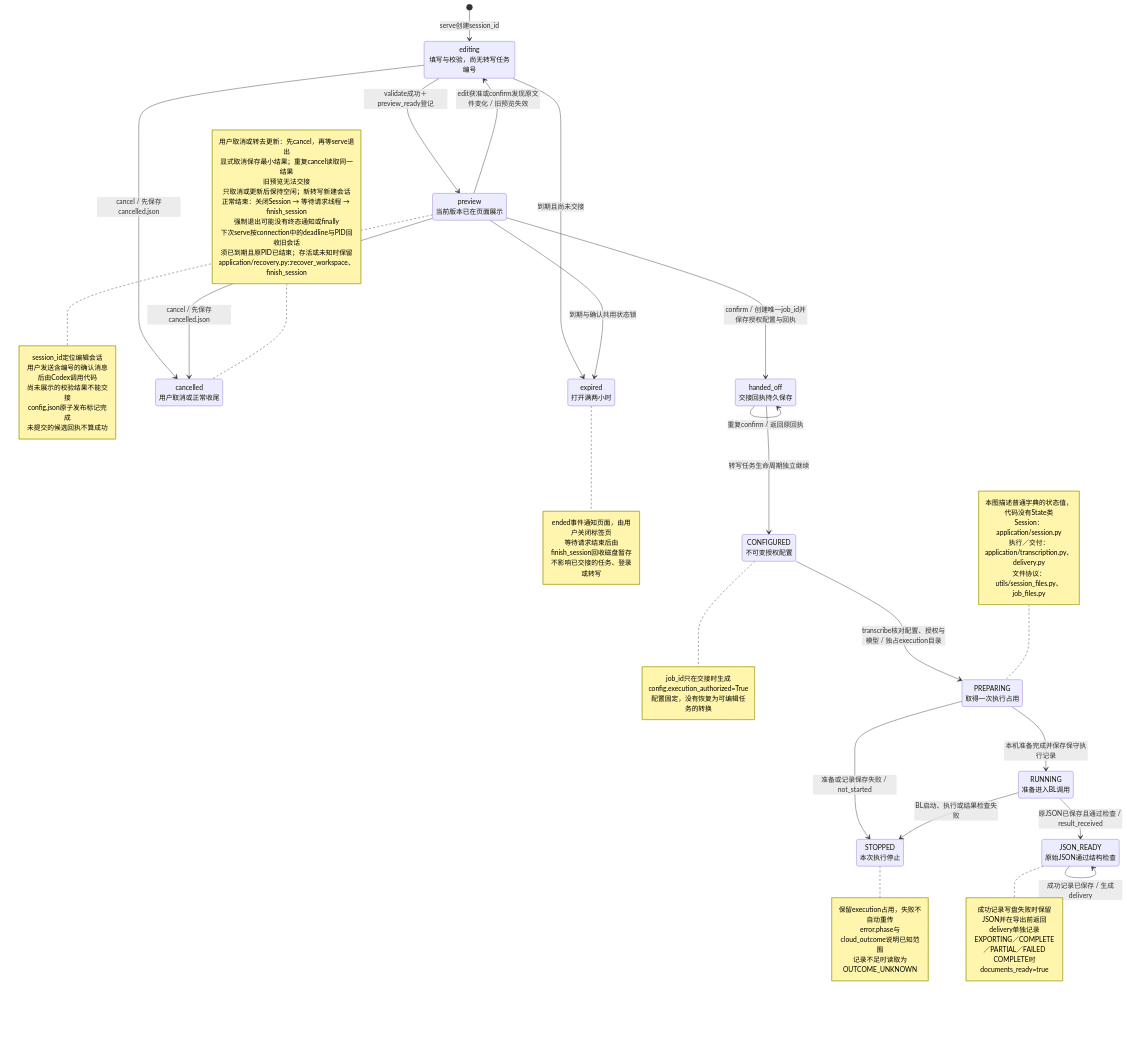
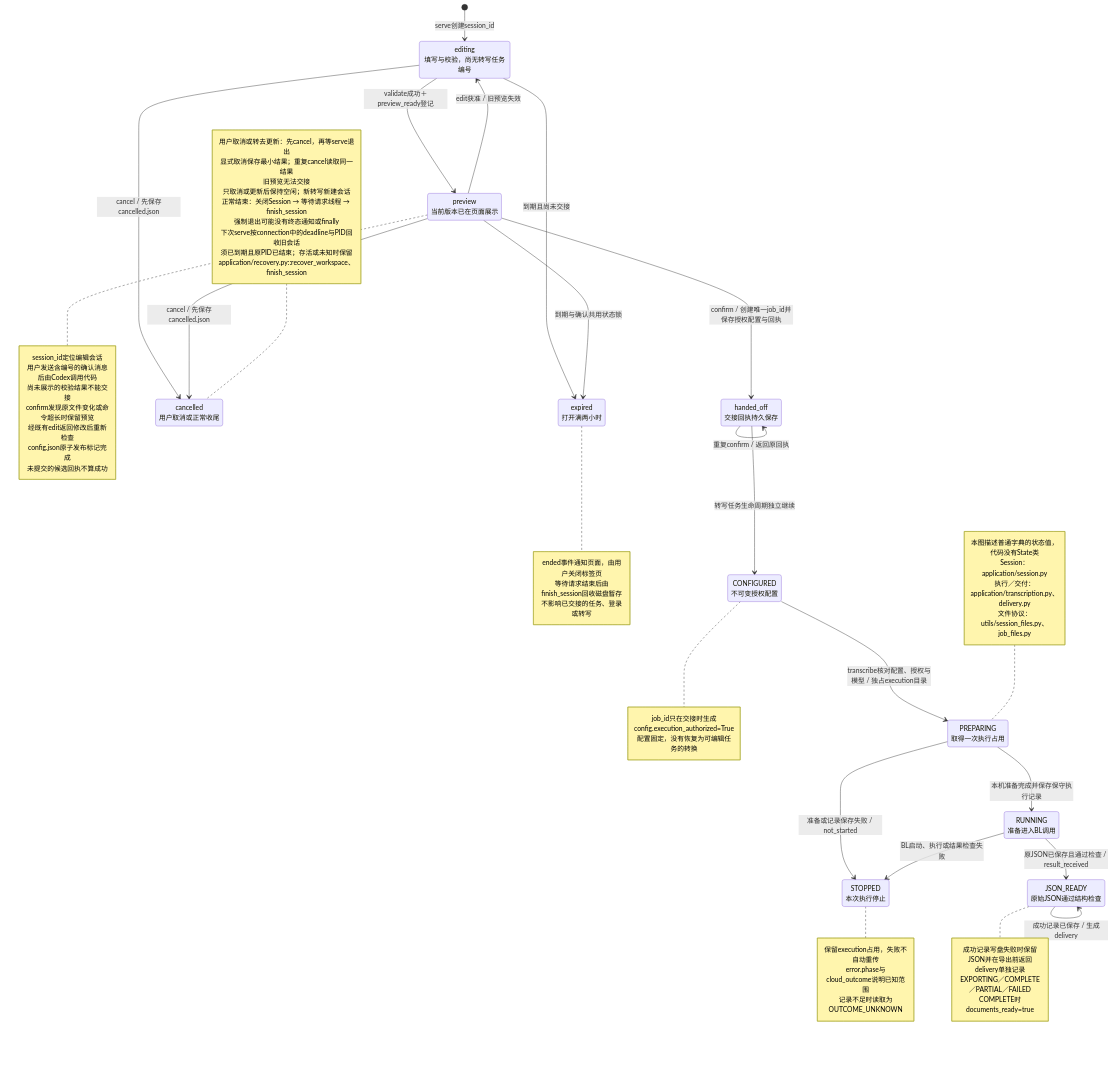
Before and after one commit to hx101700/memoflow: the diagram in doc/uml/07-state.mmd, drawn with Mermaid. The commit also changed 61 other files, not shown here.

```diff
--- a/doc/uml/07-state.mmd
+++ b/doc/uml/07-state.mmd
@@ -1,74 +1,76 @@
 stateDiagram-v2
 direction TB
 state "editing<br/>填写与校验，尚无转写任务编号" as Editing
 state "preview<br/>当前版本已在页面展示" as Preview
 state "handed_off<br/>交接回执持久保存" as HandedOff
 state "expired<br/>打开满两小时" as Expired
 state "cancelled<br/>用户取消或正常收尾" as Cancelled
 [*] --> Editing : serve创建session_id
 Editing --> Preview : validate成功＋preview_ready登记
-Preview --> Editing : edit获准或confirm发现原文件变化 / 旧预览失效
+Preview --> Editing : edit获准 / 旧预览失效
 Editing --> Expired : 到期且尚未交接
 Preview --> Expired : 到期与确认共用状态锁
 Editing --> Cancelled : cancel / 先保存cancelled.json
 Preview --> Cancelled : cancel / 先保存cancelled.json
 Preview --> HandedOff : confirm / 创建唯一job_id并保存授权配置与回执
 HandedOff --> HandedOff : 重复confirm / 返回原回执
 note right of Preview
   session_id定位编辑会话
   用户发送含编号的确认消息后由Codex调用代码
   尚未展示的校验结果不能交接
+  confirm发现原文件变化或命令超长时保留预览
+  经既有edit返回修改后重新检查
   config.json原子发布标记完成
   未提交的候选回执不算成功
 end note
 note right of Expired
   ended事件通知页面，由用户关闭标签页
   等待请求结束后由finish_session回收磁盘暂存
   不影响已交接的任务、登录或转写
 end note
 
 state "CONFIGURED<br/>不可变授权配置" as Configured
 state "PREPARING<br/>取得一次执行占用" as Preparing
 state "RUNNING<br/>准备进入BL调用" as Running
 state "STOPPED<br/>本次执行停止" as Stopped
 state "JSON_READY<br/>原始JSON通过结构检查" as JsonReady
 HandedOff --> Configured : 转写任务生命周期独立继续
 Configured --> Preparing : transcribe核对配置、授权与模型 / 独占execution目录
 Preparing --> Running : 本机准备完成并保存保守执行记录
 Preparing --> Stopped : 准备或记录保存失败 / not_started
 Running --> Stopped : BL启动、执行或结果检查失败
 Running --> JsonReady : 原JSON已保存且通过检查 / result_received
 JsonReady --> JsonReady : 成功记录已保存 / 生成delivery
 note right of Configured
   job_id只在交接时生成
   config.execution_authorized=True
   配置固定，没有恢复为可编辑任务的转换
 end note
 note right of Stopped
   保留execution占用，失败不自动重传
   error.phase与cloud_outcome说明已知范围
   记录不足时读取为OUTCOME_UNKNOWN
 end note
 note right of JsonReady
   成功记录写盘失败时保留JSON并在导出前返回
   delivery单独记录EXPORTING／COMPLETE／PARTIAL／FAILED
   COMPLETE时documents_ready=true
 end note
 note left of Preparing
   本图描述普通字典的状态值，代码没有State类
   Session：application/session.py
   执行／交付：application/transcription.py、delivery.py
   文件协议：utils/session_files.py、job_files.py
 end note
 
 note left of Cancelled
   用户取消或转去更新：先cancel，再等serve退出
   显式取消保存最小结果；重复cancel读取同一结果
   旧预览无法交接
   只取消或更新后保持空闲；新转写新建会话
   正常结束：关闭Session → 等待请求线程 → finish_session
   强制退出可能没有终态通知或finally
   下次serve按connection中的deadline与PID回收旧会话
   须已到期且原PID已结束；存活或未知时保留
   application/recovery.py::recover_workspace、finish_session
 end note
```
